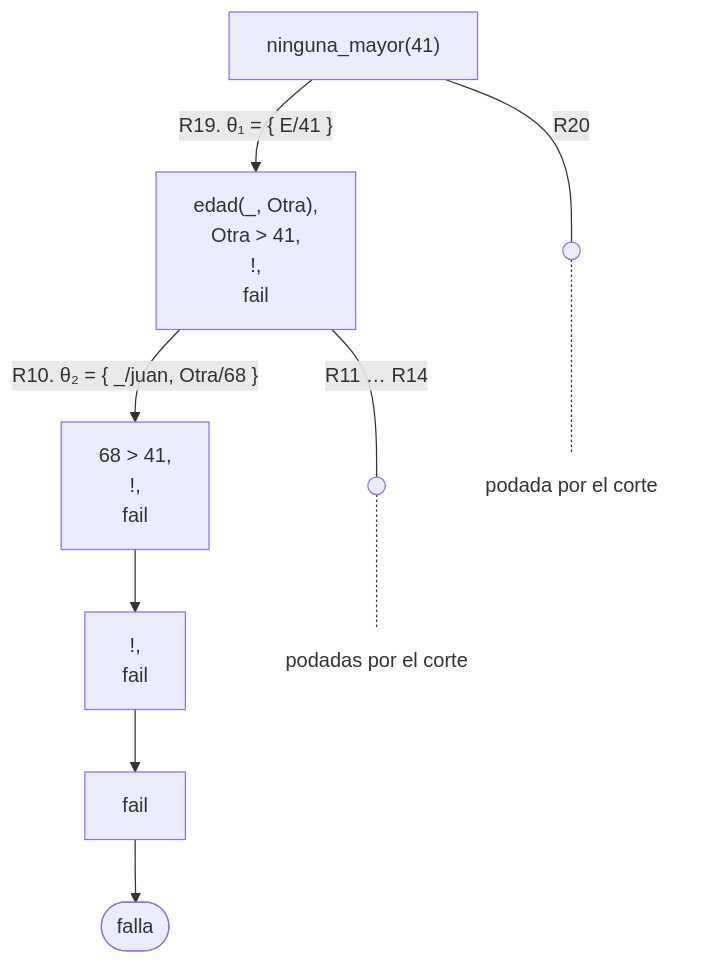
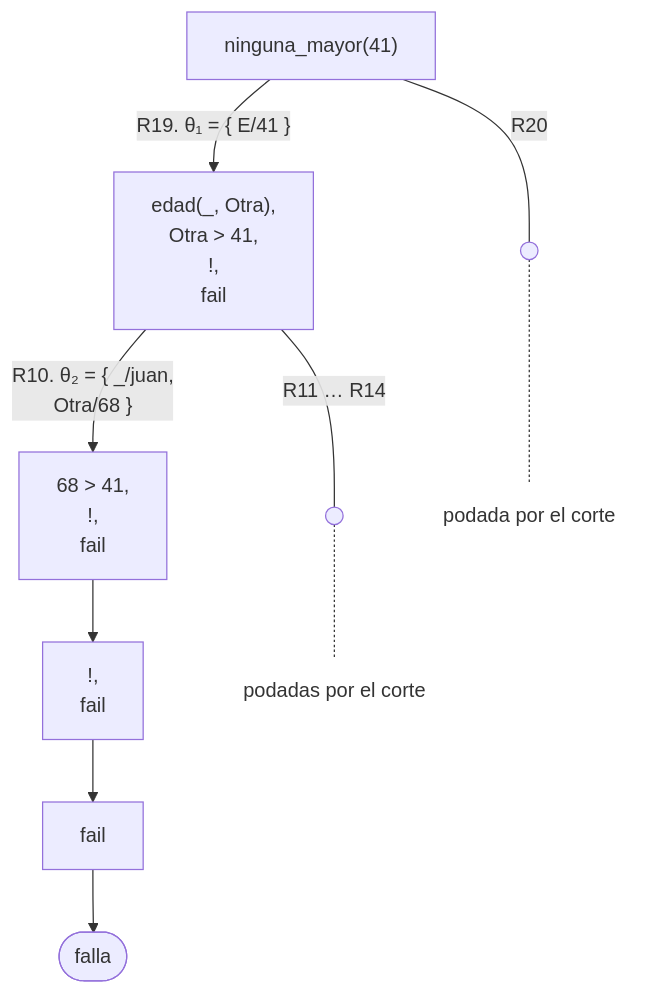
One commit to CesarBallardini/curso-de-prolog changed the seventh of 8 diagrams in docs/capitulo-10-negacion-como-falla/index.md. Above: the diagram before and after it, drawn with Mermaid. The commit also changed other lines of this file and 24 other files, not shown here.

First line of the commit message:
feat(docs): botones para ocultar las columnas laterales y etiquetas cortas en los diagramas

````diff
--- a/docs/capitulo-10-negacion-como-falla/index.md
+++ b/docs/capitulo-10-negacion-como-falla/index.md
@@ -774,12 +774,12 @@
 ```mermaid
 flowchart TD
     A["ninguna_mayor(41)"] -- "R19. θ₁ = {&nbsp;E/41&nbsp;}" --> B["edad(_, Otra),<br/>Otra > 41,<br/>!,<br/>fail"]
-    B -- "R10. θ₂ = {&nbsp;_/juan, Otra/68&nbsp;}" --> C["68 > 41,<br/>!,<br/>fail"]
+    B -- "R10. θ₂ = {&nbsp;_/juan,<br/>Otra/68&nbsp;}" --> C["68 > 41,<br/>!,<br/>fail"]
     C --> D["!,<br/>fail"]
     D --> E["fail"]
     E --> F(["falla"])
     B -- "R11 … R14" --- p1@{ shape: sm-circ } -.- n1["podadas por el corte"]
     A -- "R20" --- p2@{ shape: sm-circ } -.- n2["podada por el corte"]
     classDef abierto fill:none,stroke:none;
     class n1,n2 abierto;
 ```
````
